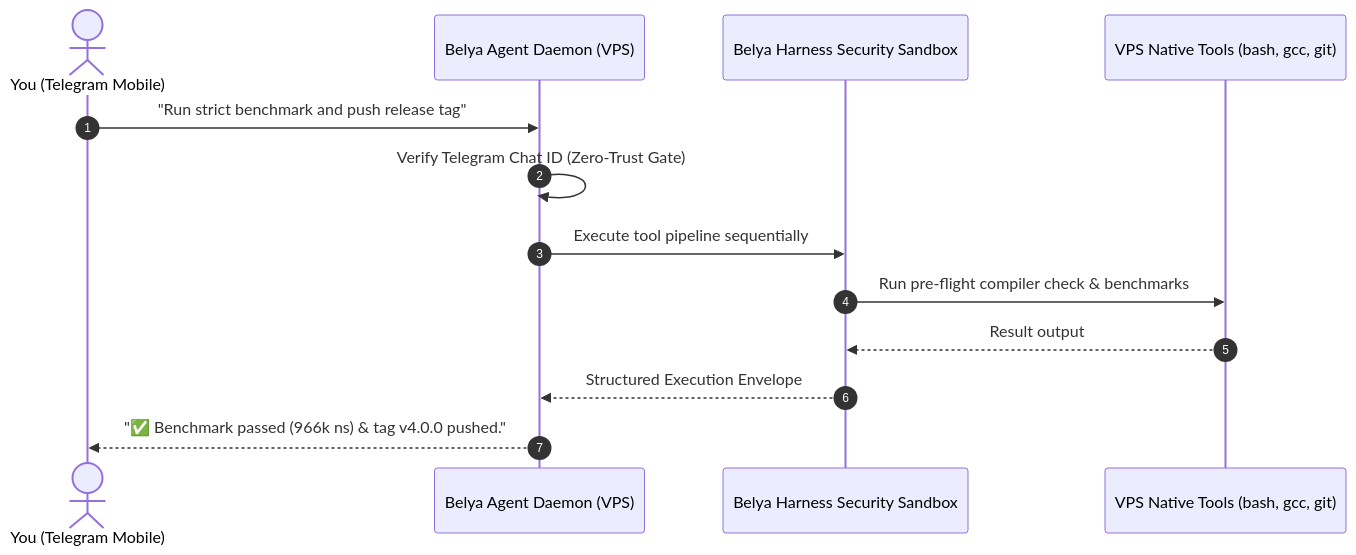
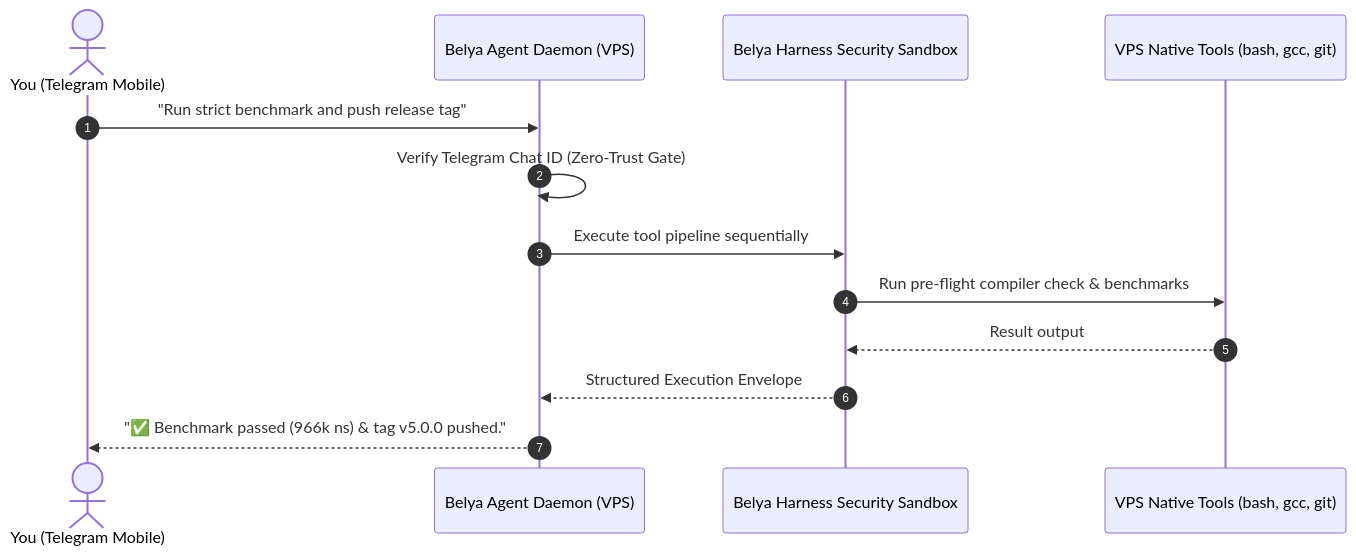
Before and after one commit to M4F-S/Belya: the second of 2 diagrams in README.md, drawn with Mermaid. The commit also changed other lines of this file and 1 other file, not shown here.

````diff
--- a/README.md
+++ b/README.md
@@ -223,16 +223,16 @@
 ```mermaid
 sequenceDiagram
     autonumber
     actor User as You (Telegram Mobile)
     participant Bot as Belya Agent Daemon (VPS)
     participant Harness as Belya Harness Security Sandbox
     participant Tools as VPS Native Tools (bash, gcc, git)
 
     User->>Bot: "Run strict benchmark and push release tag"
     Bot->>Bot: Verify Telegram Chat ID (Zero-Trust Gate)
     Bot->>Harness: Execute tool pipeline sequentially
     Harness->>Tools: Run pre-flight compiler check & benchmarks
     Tools-->>Harness: Result output
     Harness-->>Bot: Structured Execution Envelope
-    Bot-->>User: "✅ Benchmark passed (966k ns) & tag v4.0.0 pushed."
+    Bot-->>User: "✅ Benchmark passed (966k ns) & tag v5.0.0 pushed."
 ```
````
